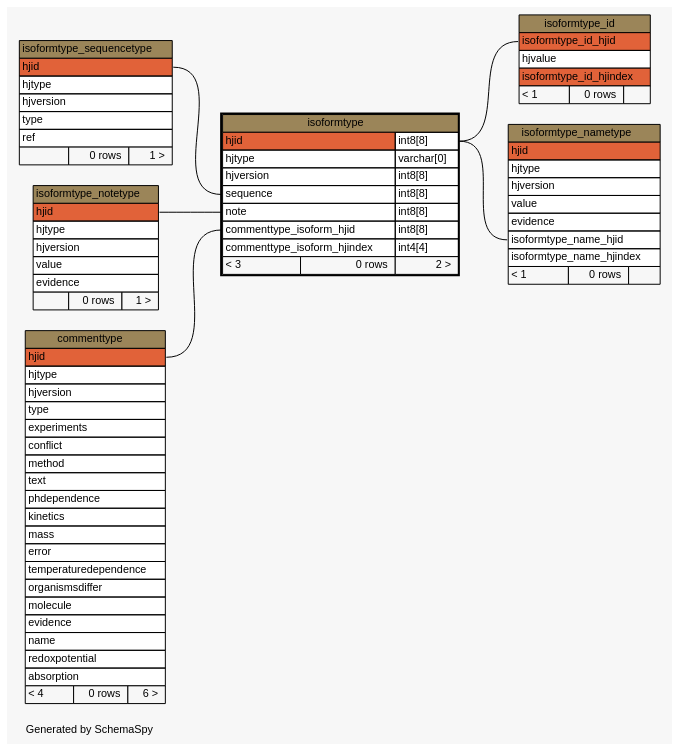
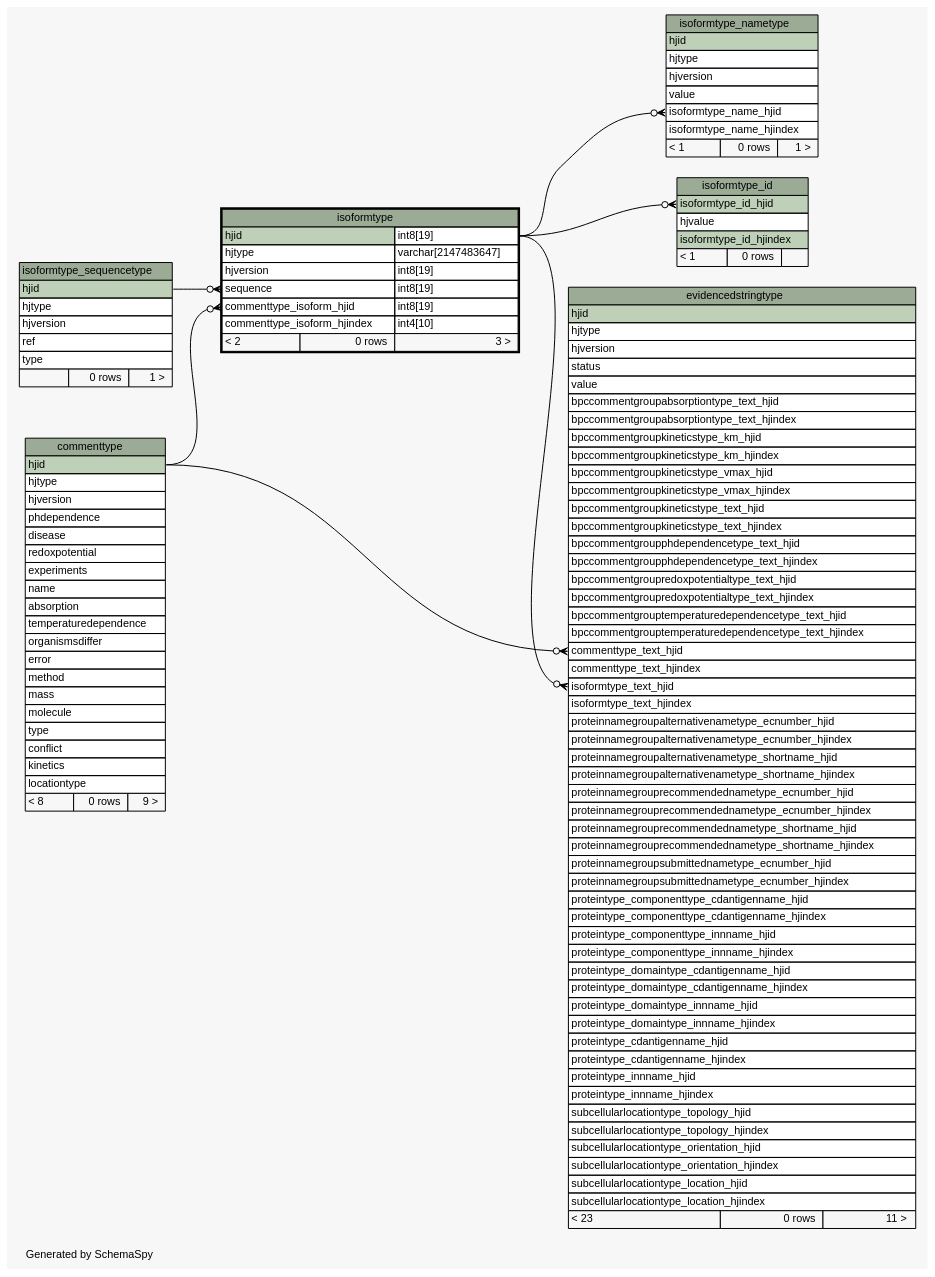
Before and after one commit to lmu-bioinformatics/xmlpipedb: the diagram in site/jekyll/assets/schemaspy/gmbuilderdb/diagrams/isoformtype.1degree.dot, drawn with Graphviz. The commit also changed 1451 other files, not shown here.

Commit message:
New SchemaSpy Results

```diff
--- a/site/jekyll/assets/schemaspy/gmbuilderdb/diagrams/isoformtype.1degree.dot
+++ b/site/jekyll/assets/schemaspy/gmbuilderdb/diagrams/isoformtype.1degree.dot
@@ -1,5 +1,5 @@
-// dot 2.22.2 on Windows Vista 6.0
-// SchemaSpy rev 536
+// dot 2.38.0 on Windows 8.1 6.3
+// SchemaSpy rev 590
 digraph "oneDegreeRelationshipsDiagram" {
   graph [
     rankdir="RL"
@@ -19,51 +19,111 @@
   edge [
     arrowsize="0.8"
   ];
-  "isoformtype":"commenttype_isoform_hjid":w -> "commenttype":"hjid":e [arrowhead=none arrowtail=crowodot];
-  "isoformtype":"note":w -> "isoformtype_notetype":"hjid":e [arrowhead=none arrowtail=crowodot];
-  "isoformtype":"sequence":w -> "isoformtype_sequencetype":"hjid":e [arrowhead=none arrowtail=crowodot];
-  "isoformtype_id":"isoformtype_id_hjid":w -> "isoformtype":"hjid.type":e [arrowhead=none arrowtail=crowodot];
-  "isoformtype_nametype":"isoformtype_name_hjid":w -> "isoformtype":"hjid.type":e [arrowhead=none arrowtail=crowodot];
+  "evidencedstringtype":"commenttype_text_hjid":w -> "commenttype":"hjid":e [arrowhead=none dir=back arrowtail=crowodot];
+  "evidencedstringtype":"isoformtype_text_hjid":w -> "isoformtype":"hjid.type":e [arrowhead=none dir=back arrowtail=crowodot];
+  "isoformtype":"commenttype_isoform_hjid":w -> "commenttype":"hjid":e [arrowhead=none dir=back arrowtail=crowodot];
+  "isoformtype":"sequence":w -> "isoformtype_sequencetype":"hjid":e [arrowhead=none dir=back arrowtail=crowodot];
+  "isoformtype_id":"isoformtype_id_hjid":w -> "isoformtype":"hjid.type":e [arrowhead=none dir=back arrowtail=crowodot];
+  "isoformtype_nametype":"isoformtype_name_hjid":w -> "isoformtype":"hjid.type":e [arrowhead=none dir=back arrowtail=crowodot];
   "commenttype" [
     label=<
     <TABLE BORDER="0" CELLBORDER="1" CELLSPACING="0" BGCOLOR="#ffffff">
-      <TR><TD COLSPAN="3" BGCOLOR="#9b8559" ALIGN="CENTER">commenttype</TD></TR>
-      <TR><TD PORT="hjid" COLSPAN="3" BGCOLOR="#e16239" ALIGN="LEFT">hjid</TD></TR>
+      <TR><TD COLSPAN="3" BGCOLOR="#9bab96" ALIGN="CENTER">commenttype</TD></TR>
+      <TR><TD PORT="hjid" COLSPAN="3" BGCOLOR="#bed1b8" ALIGN="LEFT">hjid</TD></TR>
       <TR><TD PORT="hjtype" COLSPAN="3" ALIGN="LEFT">hjtype</TD></TR>
       <TR><TD PORT="hjversion" COLSPAN="3" ALIGN="LEFT">hjversion</TD></TR>
-      <TR><TD PORT="type" COLSPAN="3" ALIGN="LEFT">type</TD></TR>
+      <TR><TD PORT="phdependence" COLSPAN="3" ALIGN="LEFT">phdependence</TD></TR>
+      <TR><TD PORT="disease" COLSPAN="3" ALIGN="LEFT">disease</TD></TR>
+      <TR><TD PORT="redoxpotential" COLSPAN="3" ALIGN="LEFT">redoxpotential</TD></TR>
       <TR><TD PORT="experiments" COLSPAN="3" ALIGN="LEFT">experiments</TD></TR>
-      <TR><TD PORT="conflict" COLSPAN="3" ALIGN="LEFT">conflict</TD></TR>
-      <TR><TD PORT="method" COLSPAN="3" ALIGN="LEFT">method</TD></TR>
-      <TR><TD PORT="text" COLSPAN="3" ALIGN="LEFT">text</TD></TR>
-      <TR><TD PORT="phdependence" COLSPAN="3" ALIGN="LEFT">phdependence</TD></TR>
-      <TR><TD PORT="kinetics" COLSPAN="3" ALIGN="LEFT">kinetics</TD></TR>
-      <TR><TD PORT="mass" COLSPAN="3" ALIGN="LEFT">mass</TD></TR>
-      <TR><TD PORT="error" COLSPAN="3" ALIGN="LEFT">error</TD></TR>
+      <TR><TD PORT="name" COLSPAN="3" ALIGN="LEFT">name</TD></TR>
+      <TR><TD PORT="absorption" COLSPAN="3" ALIGN="LEFT">absorption</TD></TR>
       <TR><TD PORT="temperaturedependence" COLSPAN="3" ALIGN="LEFT">temperaturedependence</TD></TR>
       <TR><TD PORT="organismsdiffer" COLSPAN="3" ALIGN="LEFT">organismsdiffer</TD></TR>
+      <TR><TD PORT="error" COLSPAN="3" ALIGN="LEFT">error</TD></TR>
+      <TR><TD PORT="method" COLSPAN="3" ALIGN="LEFT">method</TD></TR>
+      <TR><TD PORT="mass" COLSPAN="3" ALIGN="LEFT">mass</TD></TR>
       <TR><TD PORT="molecule" COLSPAN="3" ALIGN="LEFT">molecule</TD></TR>
-      <TR><TD PORT="evidence" COLSPAN="3" ALIGN="LEFT">evidence</TD></TR>
-      <TR><TD PORT="name" COLSPAN="3" ALIGN="LEFT">name</TD></TR>
-      <TR><TD PORT="redoxpotential" COLSPAN="3" ALIGN="LEFT">redoxpotential</TD></TR>
-      <TR><TD PORT="absorption" COLSPAN="3" ALIGN="LEFT">absorption</TD></TR>
-      <TR><TD ALIGN="LEFT" BGCOLOR="#f7f7f7">&lt; 4</TD><TD ALIGN="RIGHT" BGCOLOR="#f7f7f7">0 rows</TD><TD ALIGN="RIGHT" BGCOLOR="#f7f7f7">6 &gt;</TD></TR>
+      <TR><TD PORT="type" COLSPAN="3" ALIGN="LEFT">type</TD></TR>
+      <TR><TD PORT="conflict" COLSPAN="3" ALIGN="LEFT">conflict</TD></TR>
+      <TR><TD PORT="kinetics" COLSPAN="3" ALIGN="LEFT">kinetics</TD></TR>
+      <TR><TD PORT="locationtype" COLSPAN="3" ALIGN="LEFT">locationtype</TD></TR>
+      <TR><TD ALIGN="LEFT" BGCOLOR="#f7f7f7">&lt; 8</TD><TD ALIGN="RIGHT" BGCOLOR="#f7f7f7">0 rows</TD><TD ALIGN="RIGHT" BGCOLOR="#f7f7f7">9 &gt;</TD></TR>
     </TABLE>>
     URL="commenttype.html"
     tooltip="commenttype"
   ];
+  "evidencedstringtype" [
+    label=<
+    <TABLE BORDER="0" CELLBORDER="1" CELLSPACING="0" BGCOLOR="#ffffff">
+      <TR><TD COLSPAN="3" BGCOLOR="#9bab96" ALIGN="CENTER">evidencedstringtype</TD></TR>
+      <TR><TD PORT="hjid" COLSPAN="3" BGCOLOR="#bed1b8" ALIGN="LEFT">hjid</TD></TR>
+      <TR><TD PORT="hjtype" COLSPAN="3" ALIGN="LEFT">hjtype</TD></TR>
+      <TR><TD PORT="hjversion" COLSPAN="3" ALIGN="LEFT">hjversion</TD></TR>
+      <TR><TD PORT="status" COLSPAN="3" ALIGN="LEFT">status</TD></TR>
+      <TR><TD PORT="value" COLSPAN="3" ALIGN="LEFT">value</TD></TR>
+      <TR><TD PORT="bpccommentgroupabsorptiontype_text_hjid" COLSPAN="3" ALIGN="LEFT">bpccommentgroupabsorptiontype_text_hjid</TD></TR>
+      <TR><TD PORT="bpccommentgroupabsorptiontype_text_hjindex" COLSPAN="3" ALIGN="LEFT">bpccommentgroupabsorptiontype_text_hjindex</TD></TR>
+      <TR><TD PORT="bpccommentgroupkineticstype_km_hjid" COLSPAN="3" ALIGN="LEFT">bpccommentgroupkineticstype_km_hjid</TD></TR>
+      <TR><TD PORT="bpccommentgroupkineticstype_km_hjindex" COLSPAN="3" ALIGN="LEFT">bpccommentgroupkineticstype_km_hjindex</TD></TR>
+      <TR><TD PORT="bpccommentgroupkineticstype_vmax_hjid" COLSPAN="3" ALIGN="LEFT">bpccommentgroupkineticstype_vmax_hjid</TD></TR>
+      <TR><TD PORT="bpccommentgroupkineticstype_vmax_hjindex" COLSPAN="3" ALIGN="LEFT">bpccommentgroupkineticstype_vmax_hjindex</TD></TR>
+      <TR><TD PORT="bpccommentgroupkineticstype_text_hjid" COLSPAN="3" ALIGN="LEFT">bpccommentgroupkineticstype_text_hjid</TD></TR>
+      <TR><TD PORT="bpccommentgroupkineticstype_text_hjindex" COLSPAN="3" ALIGN="LEFT">bpccommentgroupkineticstype_text_hjindex</TD></TR>
+      <TR><TD PORT="bpccommentgroupphdependencetype_text_hjid" COLSPAN="3" ALIGN="LEFT">bpccommentgroupphdependencetype_text_hjid</TD></TR>
+      <TR><TD PORT="bpccommentgroupphdependencetype_text_hjindex" COLSPAN="3" ALIGN="LEFT">bpccommentgroupphdependencetype_text_hjindex</TD></TR>
+      <TR><TD PORT="bpccommentgroupredoxpotentialtype_text_hjid" COLSPAN="3" ALIGN="LEFT">bpccommentgroupredoxpotentialtype_text_hjid</TD></TR>
+      <TR><TD PORT="bpccommentgroupredoxpotentialtype_text_hjindex" COLSPAN="3" ALIGN="LEFT">bpccommentgroupredoxpotentialtype_text_hjindex</TD></TR>
+      <TR><TD PORT="bpccommentgrouptemperaturedependencetype_text_hjid" COLSPAN="3" ALIGN="LEFT">bpccommentgrouptemperaturedependencetype_text_hjid</TD></TR>
+      <TR><TD PORT="bpccommentgrouptemperaturedependencetype_text_hjindex" COLSPAN="3" ALIGN="LEFT">bpccommentgrouptemperaturedependencetype_text_hjindex</TD></TR>
+      <TR><TD PORT="commenttype_text_hjid" COLSPAN="3" ALIGN="LEFT">commenttype_text_hjid</TD></TR>
+      <TR><TD PORT="commenttype_text_hjindex" COLSPAN="3" ALIGN="LEFT">commenttype_text_hjindex</TD></TR>
+      <TR><TD PORT="isoformtype_text_hjid" COLSPAN="3" ALIGN="LEFT">isoformtype_text_hjid</TD></TR>
+      <TR><TD PORT="isoformtype_text_hjindex" COLSPAN="3" ALIGN="LEFT">isoformtype_text_hjindex</TD></TR>
+      <TR><TD PORT="proteinnamegroupalternativenametype_ecnumber_hjid" COLSPAN="3" ALIGN="LEFT">proteinnamegroupalternativenametype_ecnumber_hjid</TD></TR>
+      <TR><TD PORT="proteinnamegroupalternativenametype_ecnumber_hjindex" COLSPAN="3" ALIGN="LEFT">proteinnamegroupalternativenametype_ecnumber_hjindex</TD></TR>
+      <TR><TD PORT="proteinnamegroupalternativenametype_shortname_hjid" COLSPAN="3" ALIGN="LEFT">proteinnamegroupalternativenametype_shortname_hjid</TD></TR>
+      <TR><TD PORT="proteinnamegroupalternativenametype_shortname_hjindex" COLSPAN="3" ALIGN="LEFT">proteinnamegroupalternativenametype_shortname_hjindex</TD></TR>
+      <TR><TD PORT="proteinnamegrouprecommendednametype_ecnumber_hjid" COLSPAN="3" ALIGN="LEFT">proteinnamegrouprecommendednametype_ecnumber_hjid</TD></TR>
+      <TR><TD PORT="proteinnamegrouprecommendednametype_ecnumber_hjindex" COLSPAN="3" ALIGN="LEFT">proteinnamegrouprecommendednametype_ecnumber_hjindex</TD></TR>
+      <TR><TD PORT="proteinnamegrouprecommendednametype_shortname_hjid" COLSPAN="3" ALIGN="LEFT">proteinnamegrouprecommendednametype_shortname_hjid</TD></TR>
+      <TR><TD PORT="proteinnamegrouprecommendednametype_shortname_hjindex" COLSPAN="3" ALIGN="LEFT">proteinnamegrouprecommendednametype_shortname_hjindex</TD></TR>
+      <TR><TD PORT="proteinnamegroupsubmittednametype_ecnumber_hjid" COLSPAN="3" ALIGN="LEFT">proteinnamegroupsubmittednametype_ecnumber_hjid</TD></TR>
+      <TR><TD PORT="proteinnamegroupsubmittednametype_ecnumber_hjindex" COLSPAN="3" ALIGN="LEFT">proteinnamegroupsubmittednametype_ecnumber_hjindex</TD></TR>
+      <TR><TD PORT="proteintype_componenttype_cdantigenname_hjid" COLSPAN="3" ALIGN="LEFT">proteintype_componenttype_cdantigenname_hjid</TD></TR>
+      <TR><TD PORT="proteintype_componenttype_cdantigenname_hjindex" COLSPAN="3" ALIGN="LEFT">proteintype_componenttype_cdantigenname_hjindex</TD></TR>
+      <TR><TD PORT="proteintype_componenttype_innname_hjid" COLSPAN="3" ALIGN="LEFT">proteintype_componenttype_innname_hjid</TD></TR>
+      <TR><TD PORT="proteintype_componenttype_innname_hjindex" COLSPAN="3" ALIGN="LEFT">proteintype_componenttype_innname_hjindex</TD></TR>
+      <TR><TD PORT="proteintype_domaintype_cdantigenname_hjid" COLSPAN="3" ALIGN="LEFT">proteintype_domaintype_cdantigenname_hjid</TD></TR>
+      <TR><TD PORT="proteintype_domaintype_cdantigenname_hjindex" COLSPAN="3" ALIGN="LEFT">proteintype_domaintype_cdantigenname_hjindex</TD></TR>
+      <TR><TD PORT="proteintype_domaintype_innname_hjid" COLSPAN="3" ALIGN="LEFT">proteintype_domaintype_innname_hjid</TD></TR>
+      <TR><TD PORT="proteintype_domaintype_innname_hjindex" COLSPAN="3" ALIGN="LEFT">proteintype_domaintype_innname_hjindex</TD></TR>
+      <TR><TD PORT="proteintype_cdantigenname_hjid" COLSPAN="3" ALIGN="LEFT">proteintype_cdantigenname_hjid</TD></TR>
+      <TR><TD PORT="proteintype_cdantigenname_hjindex" COLSPAN="3" ALIGN="LEFT">proteintype_cdantigenname_hjindex</TD></TR>
+      <TR><TD PORT="proteintype_innname_hjid" COLSPAN="3" ALIGN="LEFT">proteintype_innname_hjid</TD></TR>
+      <TR><TD PORT="proteintype_innname_hjindex" COLSPAN="3" ALIGN="LEFT">proteintype_innname_hjindex</TD></TR>
+      <TR><TD PORT="subcellularlocationtype_topology_hjid" COLSPAN="3" ALIGN="LEFT">subcellularlocationtype_topology_hjid</TD></TR>
+      <TR><TD PORT="subcellularlocationtype_topology_hjindex" COLSPAN="3" ALIGN="LEFT">subcellularlocationtype_topology_hjindex</TD></TR>
+      <TR><TD PORT="subcellularlocationtype_orientation_hjid" COLSPAN="3" ALIGN="LEFT">subcellularlocationtype_orientation_hjid</TD></TR>
+      <TR><TD PORT="subcellularlocationtype_orientation_hjindex" COLSPAN="3" ALIGN="LEFT">subcellularlocationtype_orientation_hjindex</TD></TR>
+      <TR><TD PORT="subcellularlocationtype_location_hjid" COLSPAN="3" ALIGN="LEFT">subcellularlocationtype_location_hjid</TD></TR>
+      <TR><TD PORT="subcellularlocationtype_location_hjindex" COLSPAN="3" ALIGN="LEFT">subcellularlocationtype_location_hjindex</TD></TR>
+      <TR><TD ALIGN="LEFT" BGCOLOR="#f7f7f7">&lt; 23</TD><TD ALIGN="RIGHT" BGCOLOR="#f7f7f7">0 rows</TD><TD ALIGN="RIGHT" BGCOLOR="#f7f7f7">11 &gt;</TD></TR>
+    </TABLE>>
+    URL="evidencedstringtype.html"
+    tooltip="evidencedstringtype"
+  ];
   "isoformtype" [
     label=<
     <TABLE BORDER="2" CELLBORDER="1" CELLSPACING="0" BGCOLOR="#ffffff">
-      <TR><TD COLSPAN="3" BGCOLOR="#9b8559" ALIGN="CENTER">isoformtype</TD></TR>
-      <TR><TD PORT="hjid" COLSPAN="2" BGCOLOR="#e16239" ALIGN="LEFT">hjid</TD><TD PORT="hjid.type" ALIGN="LEFT">int8[8]</TD></TR>
-      <TR><TD PORT="hjtype" COLSPAN="2" ALIGN="LEFT">hjtype</TD><TD PORT="hjtype.type" ALIGN="LEFT">varchar[0]</TD></TR>
-      <TR><TD PORT="hjversion" COLSPAN="2" ALIGN="LEFT">hjversion</TD><TD PORT="hjversion.type" ALIGN="LEFT">int8[8]</TD></TR>
-      <TR><TD PORT="sequence" COLSPAN="2" ALIGN="LEFT">sequence</TD><TD PORT="sequence.type" ALIGN="LEFT">int8[8]</TD></TR>
-      <TR><TD PORT="note" COLSPAN="2" ALIGN="LEFT">note</TD><TD PORT="note.type" ALIGN="LEFT">int8[8]</TD></TR>
-      <TR><TD PORT="commenttype_isoform_hjid" COLSPAN="2" ALIGN="LEFT">commenttype_isoform_hjid</TD><TD PORT="commenttype_isoform_hjid.type" ALIGN="LEFT">int8[8]</TD></TR>
-      <TR><TD PORT="commenttype_isoform_hjindex" COLSPAN="2" ALIGN="LEFT">commenttype_isoform_hjindex</TD><TD PORT="commenttype_isoform_hjindex.type" ALIGN="LEFT">int4[4]</TD></TR>
-      <TR><TD ALIGN="LEFT" BGCOLOR="#f7f7f7">&lt; 3</TD><TD ALIGN="RIGHT" BGCOLOR="#f7f7f7">0 rows</TD><TD ALIGN="RIGHT" BGCOLOR="#f7f7f7">2 &gt;</TD></TR>
+      <TR><TD COLSPAN="3" BGCOLOR="#9bab96" ALIGN="CENTER">isoformtype</TD></TR>
+      <TR><TD PORT="hjid" COLSPAN="2" BGCOLOR="#bed1b8" ALIGN="LEFT">hjid</TD><TD PORT="hjid.type" ALIGN="LEFT">int8[19]</TD></TR>
+      <TR><TD PORT="hjtype" COLSPAN="2" ALIGN="LEFT">hjtype</TD><TD PORT="hjtype.type" ALIGN="LEFT">varchar[2147483647]</TD></TR>
+      <TR><TD PORT="hjversion" COLSPAN="2" ALIGN="LEFT">hjversion</TD><TD PORT="hjversion.type" ALIGN="LEFT">int8[19]</TD></TR>
+      <TR><TD PORT="sequence" COLSPAN="2" ALIGN="LEFT">sequence</TD><TD PORT="sequence.type" ALIGN="LEFT">int8[19]</TD></TR>
+      <TR><TD PORT="commenttype_isoform_hjid" COLSPAN="2" ALIGN="LEFT">commenttype_isoform_hjid</TD><TD PORT="commenttype_isoform_hjid.type" ALIGN="LEFT">int8[19]</TD></TR>
+      <TR><TD PORT="commenttype_isoform_hjindex" COLSPAN="2" ALIGN="LEFT">commenttype_isoform_hjindex</TD><TD PORT="commenttype_isoform_hjindex.type" ALIGN="LEFT">int4[10]</TD></TR>
+      <TR><TD ALIGN="LEFT" BGCOLOR="#f7f7f7">&lt; 2</TD><TD ALIGN="RIGHT" BGCOLOR="#f7f7f7">0 rows</TD><TD ALIGN="RIGHT" BGCOLOR="#f7f7f7">3 &gt;</TD></TR>
     </TABLE>>
     URL="isoformtype.html"
     tooltip="isoformtype"
@@ -71,10 +131,10 @@
   "isoformtype_id" [
     label=<
     <TABLE BORDER="0" CELLBORDER="1" CELLSPACING="0" BGCOLOR="#ffffff">
-      <TR><TD COLSPAN="3" BGCOLOR="#9b8559" ALIGN="CENTER">isoformtype_id</TD></TR>
-      <TR><TD PORT="isoformtype_id_hjid" COLSPAN="3" BGCOLOR="#e16239" ALIGN="LEFT">isoformtype_id_hjid</TD></TR>
+      <TR><TD COLSPAN="3" BGCOLOR="#9bab96" ALIGN="CENTER">isoformtype_id</TD></TR>
+      <TR><TD PORT="isoformtype_id_hjid" COLSPAN="3" BGCOLOR="#bed1b8" ALIGN="LEFT">isoformtype_id_hjid</TD></TR>
       <TR><TD PORT="hjvalue" COLSPAN="3" ALIGN="LEFT">hjvalue</TD></TR>
-      <TR><TD PORT="isoformtype_id_hjindex" COLSPAN="3" BGCOLOR="#e16239" ALIGN="LEFT">isoformtype_id_hjindex</TD></TR>
+      <TR><TD PORT="isoformtype_id_hjindex" COLSPAN="3" BGCOLOR="#bed1b8" ALIGN="LEFT">isoformtype_id_hjindex</TD></TR>
       <TR><TD ALIGN="LEFT" BGCOLOR="#f7f7f7">&lt; 1</TD><TD ALIGN="RIGHT" BGCOLOR="#f7f7f7">0 rows</TD><TD ALIGN="RIGHT" BGCOLOR="#f7f7f7">  </TD></TR>
     </TABLE>>
     URL="isoformtype_id.html"
@@ -83,42 +143,27 @@
   "isoformtype_nametype" [
     label=<
     <TABLE BORDER="0" CELLBORDER="1" CELLSPACING="0" BGCOLOR="#ffffff">
-      <TR><TD COLSPAN="3" BGCOLOR="#9b8559" ALIGN="CENTER">isoformtype_nametype</TD></TR>
-      <TR><TD PORT="hjid" COLSPAN="3" BGCOLOR="#e16239" ALIGN="LEFT">hjid</TD></TR>
+      <TR><TD COLSPAN="3" BGCOLOR="#9bab96" ALIGN="CENTER">isoformtype_nametype</TD></TR>
+      <TR><TD PORT="hjid" COLSPAN="3" BGCOLOR="#bed1b8" ALIGN="LEFT">hjid</TD></TR>
       <TR><TD PORT="hjtype" COLSPAN="3" ALIGN="LEFT">hjtype</TD></TR>
       <TR><TD PORT="hjversion" COLSPAN="3" ALIGN="LEFT">hjversion</TD></TR>
       <TR><TD PORT="value" COLSPAN="3" ALIGN="LEFT">value</TD></TR>
-      <TR><TD PORT="evidence" COLSPAN="3" ALIGN="LEFT">evidence</TD></TR>
       <TR><TD PORT="isoformtype_name_hjid" COLSPAN="3" ALIGN="LEFT">isoformtype_name_hjid</TD></TR>
       <TR><TD PORT="isoformtype_name_hjindex" COLSPAN="3" ALIGN="LEFT">isoformtype_name_hjindex</TD></TR>
-      <TR><TD ALIGN="LEFT" BGCOLOR="#f7f7f7">&lt; 1</TD><TD ALIGN="RIGHT" BGCOLOR="#f7f7f7">0 rows</TD><TD ALIGN="RIGHT" BGCOLOR="#f7f7f7">  </TD></TR>
+      <TR><TD ALIGN="LEFT" BGCOLOR="#f7f7f7">&lt; 1</TD><TD ALIGN="RIGHT" BGCOLOR="#f7f7f7">0 rows</TD><TD ALIGN="RIGHT" BGCOLOR="#f7f7f7">1 &gt;</TD></TR>
     </TABLE>>
     URL="isoformtype_nametype.html"
     tooltip="isoformtype_nametype"
   ];
-  "isoformtype_notetype" [
-    label=<
-    <TABLE BORDER="0" CELLBORDER="1" CELLSPACING="0" BGCOLOR="#ffffff">
-      <TR><TD COLSPAN="3" BGCOLOR="#9b8559" ALIGN="CENTER">isoformtype_notetype</TD></TR>
-      <TR><TD PORT="hjid" COLSPAN="3" BGCOLOR="#e16239" ALIGN="LEFT">hjid</TD></TR>
-      <TR><TD PORT="hjtype" COLSPAN="3" ALIGN="LEFT">hjtype</TD></TR>
-      <TR><TD PORT="hjversion" COLSPAN="3" ALIGN="LEFT">hjversion</TD></TR>
-      <TR><TD PORT="value" COLSPAN="3" ALIGN="LEFT">value</TD></TR>
-      <TR><TD PORT="evidence" COLSPAN="3" ALIGN="LEFT">evidence</TD></TR>
-      <TR><TD ALIGN="LEFT" BGCOLOR="#f7f7f7">  </TD><TD ALIGN="RIGHT" BGCOLOR="#f7f7f7">0 rows</TD><TD ALIGN="RIGHT" BGCOLOR="#f7f7f7">1 &gt;</TD></TR>
-    </TABLE>>
-    URL="isoformtype_notetype.html"
-    tooltip="isoformtype_notetype"
-  ];
   "isoformtype_sequencetype" [
     label=<
     <TABLE BORDER="0" CELLBORDER="1" CELLSPACING="0" BGCOLOR="#ffffff">
-      <TR><TD COLSPAN="3" BGCOLOR="#9b8559" ALIGN="CENTER">isoformtype_sequencetype</TD></TR>
-      <TR><TD PORT="hjid" COLSPAN="3" BGCOLOR="#e16239" ALIGN="LEFT">hjid</TD></TR>
+      <TR><TD COLSPAN="3" BGCOLOR="#9bab96" ALIGN="CENTER">isoformtype_sequencetype</TD></TR>
+      <TR><TD PORT="hjid" COLSPAN="3" BGCOLOR="#bed1b8" ALIGN="LEFT">hjid</TD></TR>
       <TR><TD PORT="hjtype" COLSPAN="3" ALIGN="LEFT">hjtype</TD></TR>
       <TR><TD PORT="hjversion" COLSPAN="3" ALIGN="LEFT">hjversion</TD></TR>
+      <TR><TD PORT="ref" COLSPAN="3" ALIGN="LEFT">ref</TD></TR>
       <TR><TD PORT="type" COLSPAN="3" ALIGN="LEFT">type</TD></TR>
-      <TR><TD PORT="ref" COLSPAN="3" ALIGN="LEFT">ref</TD></TR>
       <TR><TD ALIGN="LEFT" BGCOLOR="#f7f7f7">  </TD><TD ALIGN="RIGHT" BGCOLOR="#f7f7f7">0 rows</TD><TD ALIGN="RIGHT" BGCOLOR="#f7f7f7">1 &gt;</TD></TR>
     </TABLE>>
     URL="isoformtype_sequencetype.html"
```
